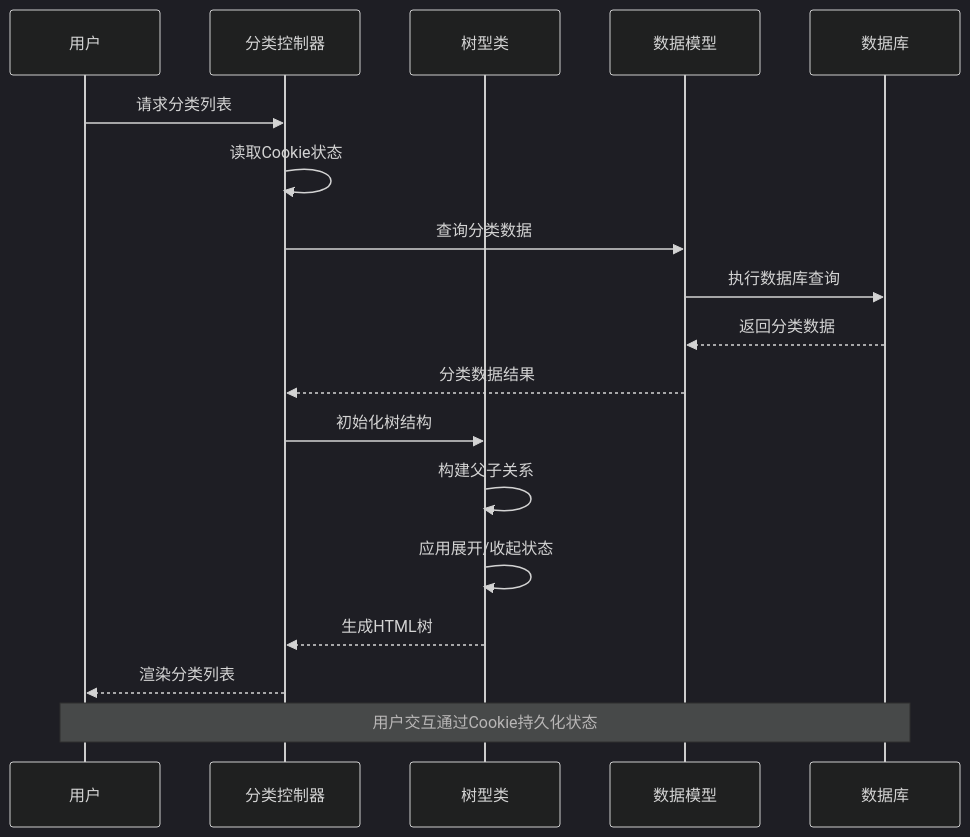
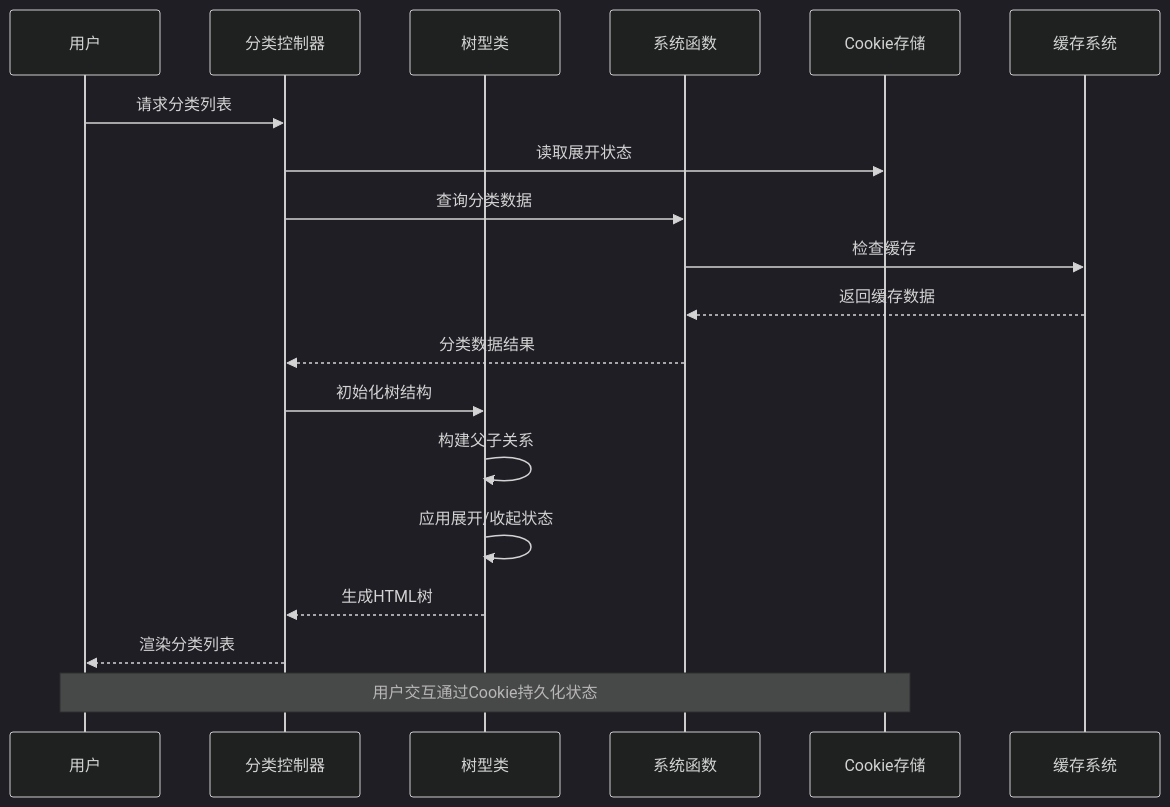
One commit to lirongyaoper/lryblog.com changed the second of 7 diagrams in .qoder/repowiki/zh/content/后台管理模块/分类管理/分类树形结构管理.md. Above: the diagram before and after it, drawn with Mermaid (dark theme). The commit also changed other lines of this file and 8 other files, not shown here.

````diff
--- a/.qoder/repowiki/zh/content/后台管理模块/分类管理/分类树形结构管理.md
+++ b/.qoder/repowiki/zh/content/后台管理模块/分类管理/分类树形结构管理.md
@@ -107,20 +129,21 @@
 ```mermaid
 sequenceDiagram
 participant User as 用户
 participant Controller as 分类控制器
 participant Tree as 树型类
-participant Model as 数据模型
-participant DB as 数据库
+participant SystemFunc as 系统函数
+participant Cookie as Cookie存储
+participant Cache as 缓存系统
 User->>Controller : 请求分类列表
-Controller->>Controller : 读取Cookie状态
-Controller->>Model : 查询分类数据
-Model->>DB : 执行数据库查询
-DB-->>Model : 返回分类数据
-Model-->>Controller : 分类数据结果
+Controller->>Cookie : 读取展开状态
+Controller->>SystemFunc : 查询分类数据
+SystemFunc->>Cache : 检查缓存
+Cache-->>SystemFunc : 返回缓存数据
+SystemFunc-->>Controller : 分类数据结果
 Controller->>Tree : 初始化树结构
 Tree->>Tree : 构建父子关系
 Tree->>Tree : 应用展开/收起状态
 Tree-->>Controller : 生成HTML树
 Controller-->>User : 渲染分类列表
-Note over User,DB : 用户交互通过Cookie持久化状态
+Note over User,Cookie : 用户交互通过Cookie持久化状态
 ```
````
